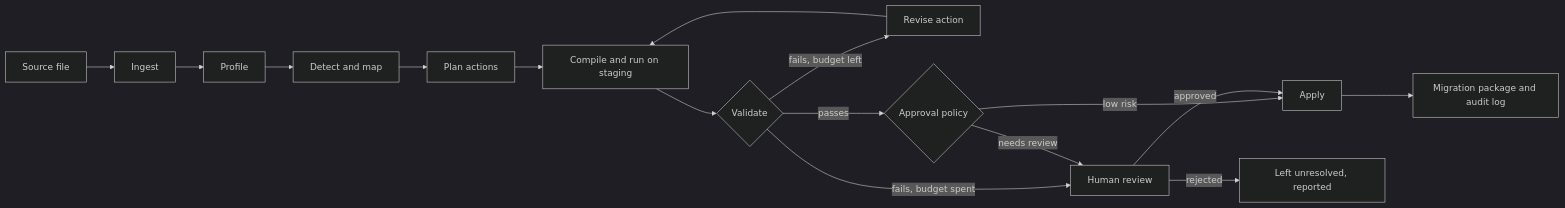
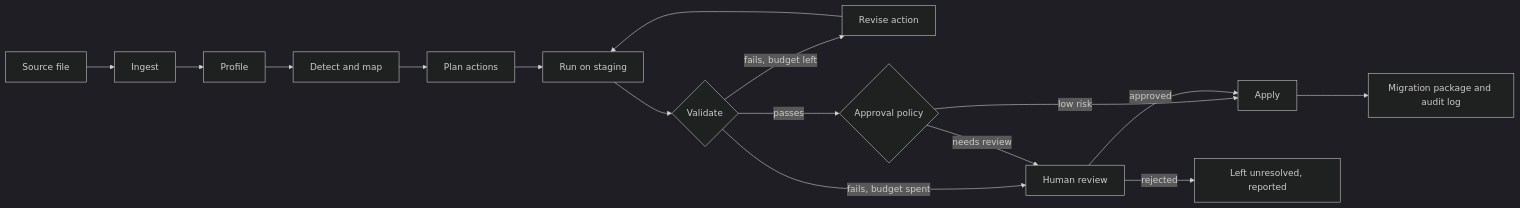
Before and after one commit to DanahAlluhaybi/Mapwright-: the diagram in docs/ARCHITECTURE.md, drawn with Mermaid (dark theme). The commit also changed other lines of this file and 36 other files, not shown here.

````diff
--- a/docs/ARCHITECTURE.md
+++ b/docs/ARCHITECTURE.md
@@ -14,18 +14,18 @@
 ```mermaid
 flowchart LR
     A[Source file] --> B[Ingest]
     B --> C[Profile]
     C --> D[Detect and map]
     D --> E[Plan actions]
-    E --> F[Compile and run on staging]
+    E --> F[Run on staging]
     F --> G{Validate}
     G -- fails, budget left --> R[Revise action]
     R --> F
     G -- passes --> P{Approval policy}
     G -- fails, budget spent --> H[Human review]
     P -- low risk --> I[Apply]
     P -- needs review --> H
     H -- approved --> I
     H -- rejected --> X[Left unresolved, reported]
     I --> J[Migration package and audit log]
 ```
````
